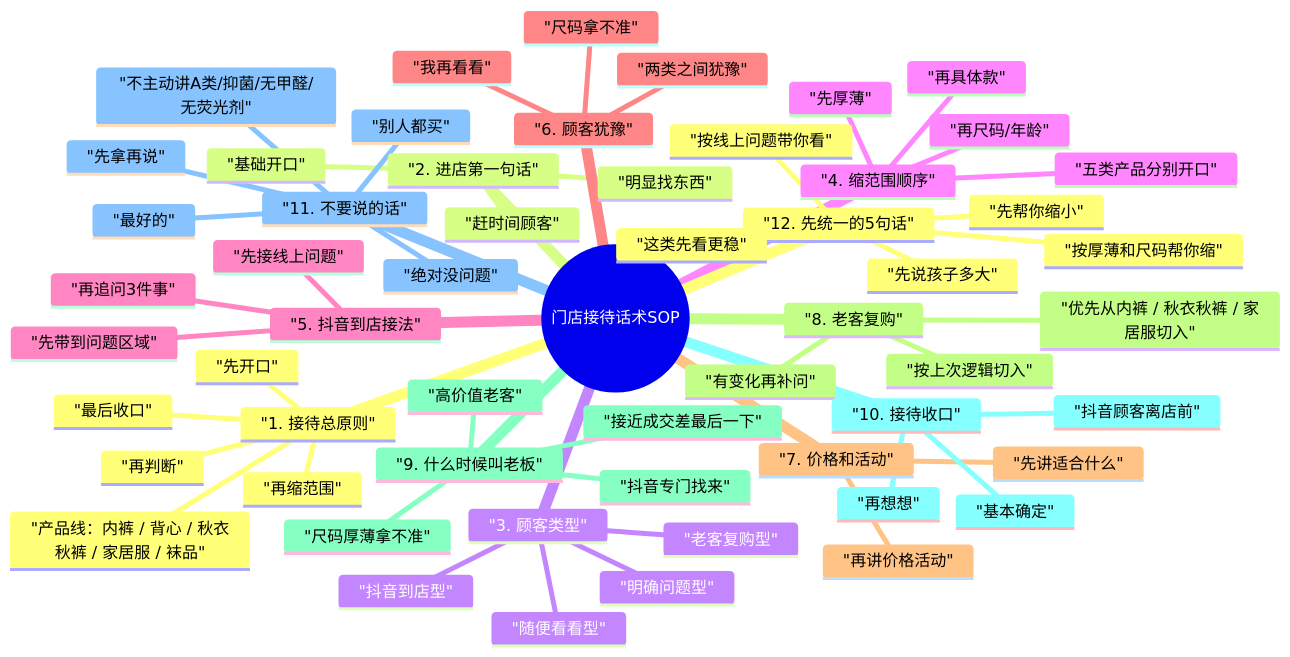
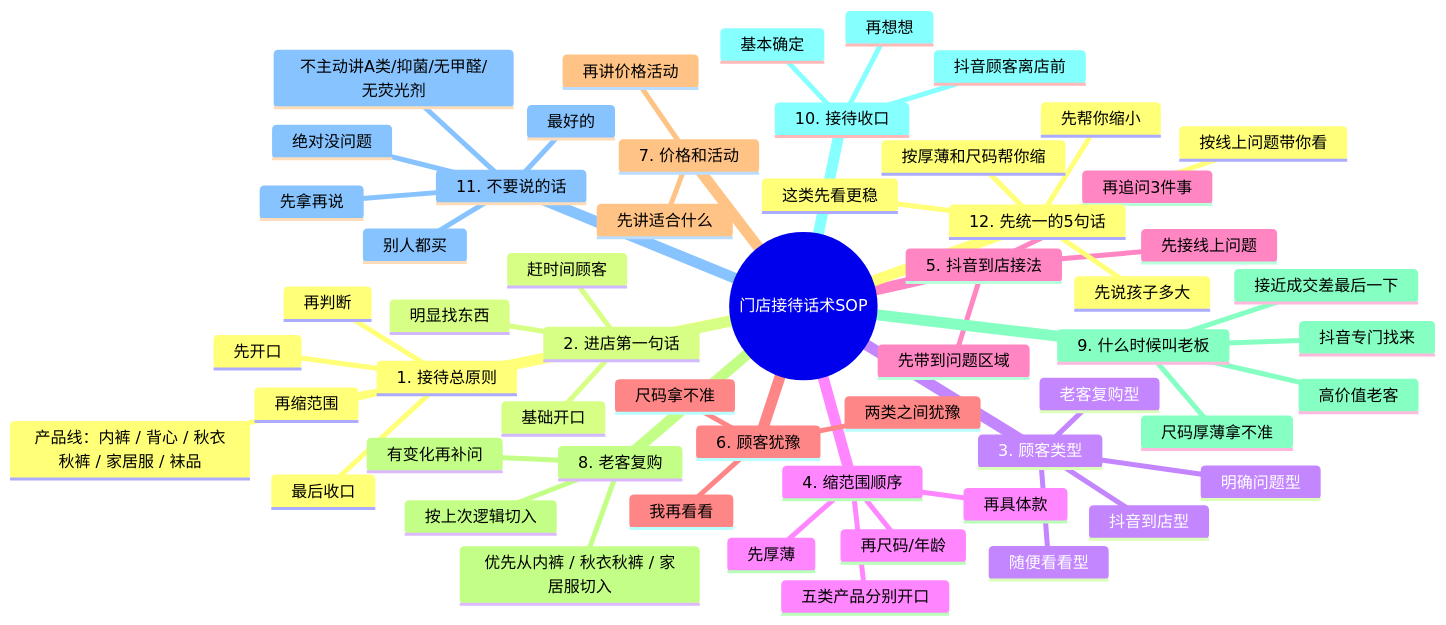
One commit to lizhihui0215/Black-Tonny changed the diagram in mindmaps/12-门店接待话术SOP-mindmap.md. Above: the diagram before and after it, drawn with Mermaid. The commit also changed 29 other files, not shown here.

Commit message:
docs: fix mermaid mindmaps and add xmind exports

````diff
--- a/mindmaps/12-门店接待话术SOP-mindmap.md
+++ b/mindmaps/12-门店接待话术SOP-mindmap.md
@@ -3,60 +3,60 @@
 ```mermaid
 mindmap
-  root(("门店接待话术SOP"))
-    "1. 接待总原则"
-      "先开口"
-      "再判断"
-      "再缩范围"
-      "最后收口"
-      "产品线：内裤 / 背心 / 秋衣秋裤 / 家居服 / 袜品"
-    "2. 进店第一句话"
-      "基础开口"
-      "明显找东西"
-      "赶时间顾客"
-    "3. 顾客类型"
-      "随便看看型"
-      "明确问题型"
-      "抖音到店型"
-      "老客复购型"
-    "4. 缩范围顺序"
-      "先厚薄"
-      "再尺码/年龄"
-      "再具体款"
-      "五类产品分别开口"
-    "5. 抖音到店接法"
-      "先接线上问题"
-      "再追问3件事"
-      "先带到问题区域"
-    "6. 顾客犹豫"
-      "我再看看"
-      "两类之间犹豫"
-      "尺码拿不准"
-    "7. 价格和活动"
-      "先讲适合什么"
-      "再讲价格活动"
-    "8. 老客复购"
-      "按上次逻辑切入"
-      "有变化再补问"
-      "优先从内裤 / 秋衣秋裤 / 家居服切入"
-    "9. 什么时候叫老板"
-      "抖音专门找来"
-      "高价值老客"
-      "尺码厚薄拿不准"
-      "接近成交差最后一下"
-    "10. 接待收口"
-      "再想想"
-      "基本确定"
-      "抖音顾客离店前"
-    "11. 不要说的话"
-      "最好的"
-      "别人都买"
-      "绝对没问题"
-      "先拿再说"
-      "不主动讲A类/抑菌/无甲醛/无荧光剂"
-    "12. 先统一的5句话"
-      "按厚薄和尺码帮你缩"
-      "先说孩子多大"
-      "按线上问题带你看"
-      "先帮你缩小"
-      "这类先看更稳"
+  root((门店接待话术SOP))
+    1. 接待总原则
+      先开口
+      再判断
+      再缩范围
+      最后收口
+      产品线：内裤 / 背心 / 秋衣秋裤 / 家居服 / 袜品
+    2. 进店第一句话
+      基础开口
+      明显找东西
+      赶时间顾客
+    3. 顾客类型
+      随便看看型
+      明确问题型
+      抖音到店型
+      老客复购型
+    4. 缩范围顺序
+      先厚薄
+      再尺码/年龄
+      再具体款
+      五类产品分别开口
+    5. 抖音到店接法
+      先接线上问题
+      再追问3件事
+      先带到问题区域
+    6. 顾客犹豫
+      我再看看
+      两类之间犹豫
+      尺码拿不准
+    7. 价格和活动
+      先讲适合什么
+      再讲价格活动
+    8. 老客复购
+      按上次逻辑切入
+      有变化再补问
+      优先从内裤 / 秋衣秋裤 / 家居服切入
+    9. 什么时候叫老板
+      抖音专门找来
+      高价值老客
+      尺码厚薄拿不准
+      接近成交差最后一下
+    10. 接待收口
+      再想想
+      基本确定
+      抖音顾客离店前
+    11. 不要说的话
+      最好的
+      别人都买
+      绝对没问题
+      先拿再说
+      不主动讲A类/抑菌/无甲醛/无荧光剂
+    12. 先统一的5句话
+      按厚薄和尺码帮你缩
+      先说孩子多大
+      按线上问题带你看
+      先帮你缩小
+      这类先看更稳
 ```
````
